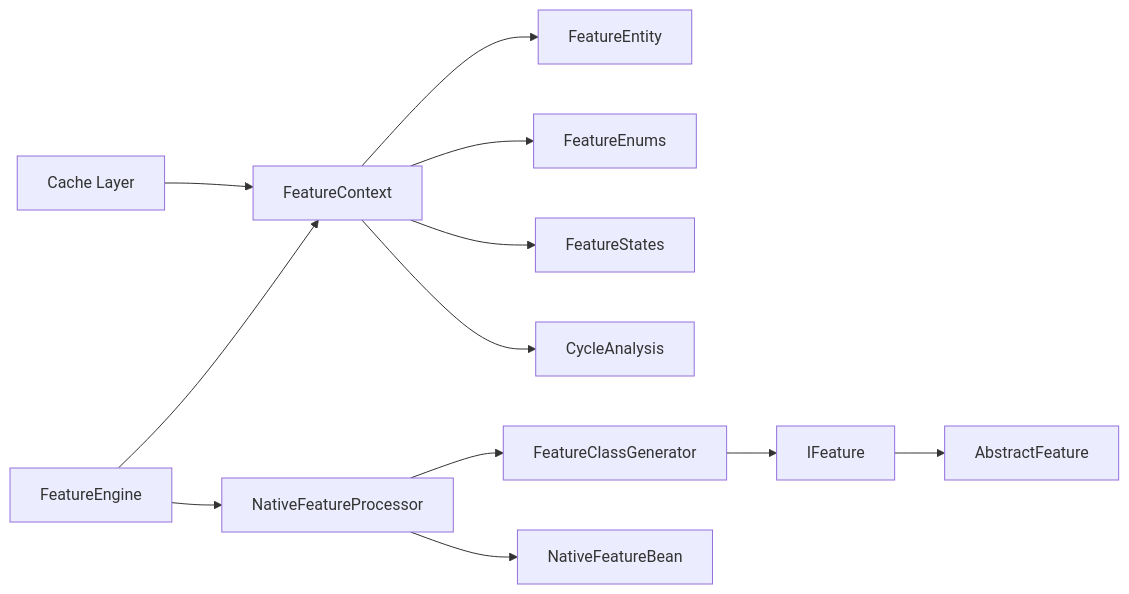
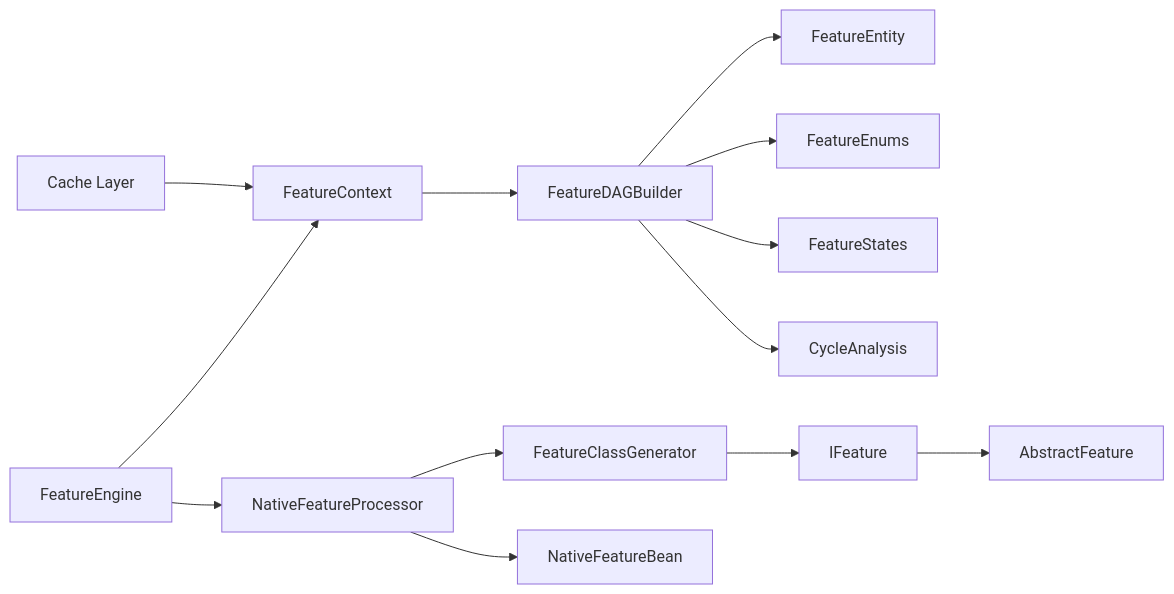
One commit to txzhanghuan/feature changed the tenth of 10 diagrams in .qoder/repowiki/zh/content/核心架构.md. Above: the diagram before and after it, drawn with Mermaid. The commit also changed other lines of this file and 7 other files, not shown here.

````diff
--- a/.qoder/repowiki/zh/content/核心架构.md
+++ b/.qoder/repowiki/zh/content/核心架构.md
@@ -463,14 +516,15 @@
 ```mermaid
 graph LR
 Engine["FeatureEngine"] --> Ctx["FeatureContext"]
 Engine --> Proc["NativeFeatureProcessor"]
-Ctx --> Ent["FeatureEntity"]
-Ctx --> Enums["FeatureEnums"]
-Ctx --> States["FeatureStates"]
-Ctx --> Cycle["CycleAnalysis"]
+Ctx --> DAG["FeatureDAGBuilder"]
+DAG --> Ent["FeatureEntity"]
+DAG --> Enums["FeatureEnums"]
+DAG --> States["FeatureStates"]
+DAG --> Cycle["CycleAnalysis"]
 Proc --> Gen["FeatureClassGenerator"]
 Gen --> IF["IFeature"]
 IF --> AF["AbstractFeature"]
 Proc --> NFB["NativeFeatureBean"]
 Cache["Cache Layer"] --> Ctx
 ```
````
